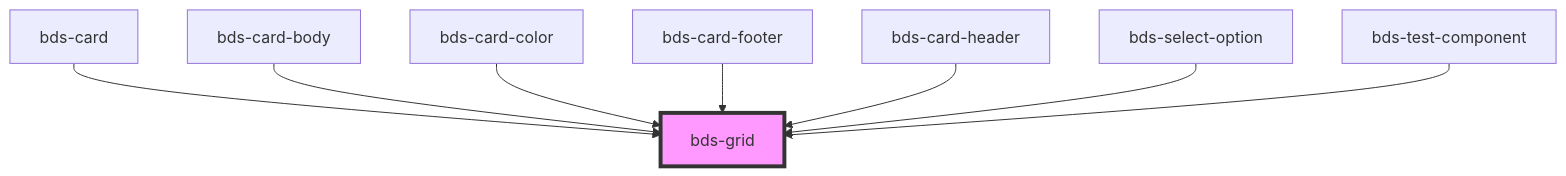
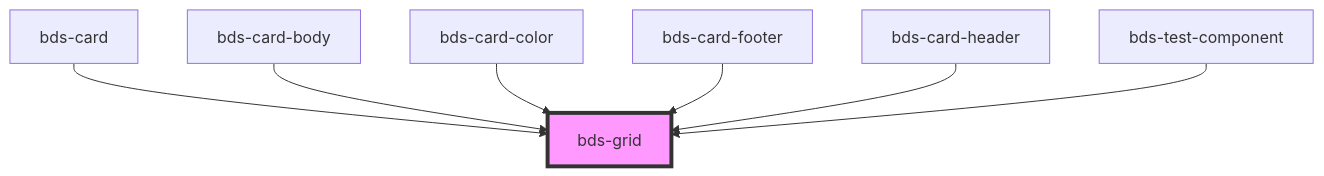
One commit to takenet/blip-ds changed the diagram in src/components/grid/readme.md. Above: the diagram before and after it, drawn with Mermaid. The commit also changed other lines of this file and 1 other file, not shown here.

Commit message:
feat(list): add example of slots in components

````diff
--- a/src/components/grid/readme.md
+++ b/src/components/grid/readme.md
@@ -49,11 +48,10 @@
 ```mermaid
 graph TD;
   bds-card --> bds-grid
   bds-card-body --> bds-grid
   bds-card-color --> bds-grid
   bds-card-footer --> bds-grid
   bds-card-header --> bds-grid
-  bds-select-option --> bds-grid
   bds-test-component --> bds-grid
   style bds-grid fill:#f9f,stroke:#333,stroke-width:4px
 ```
````
